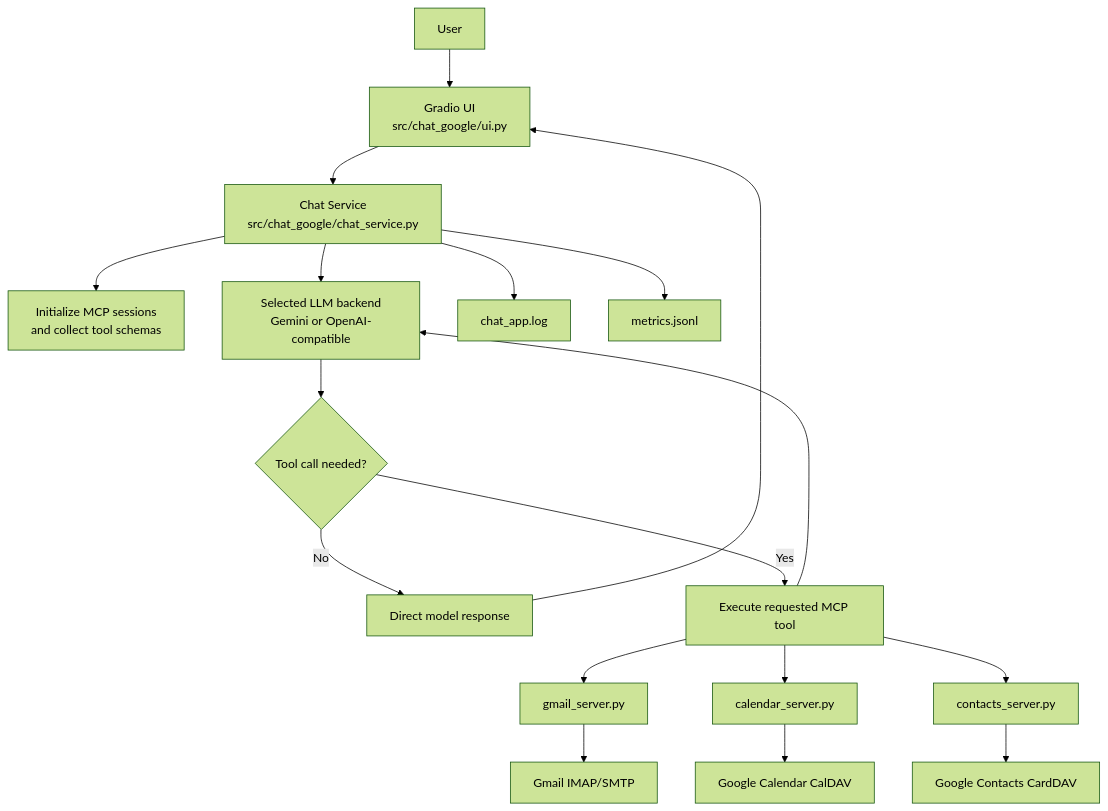
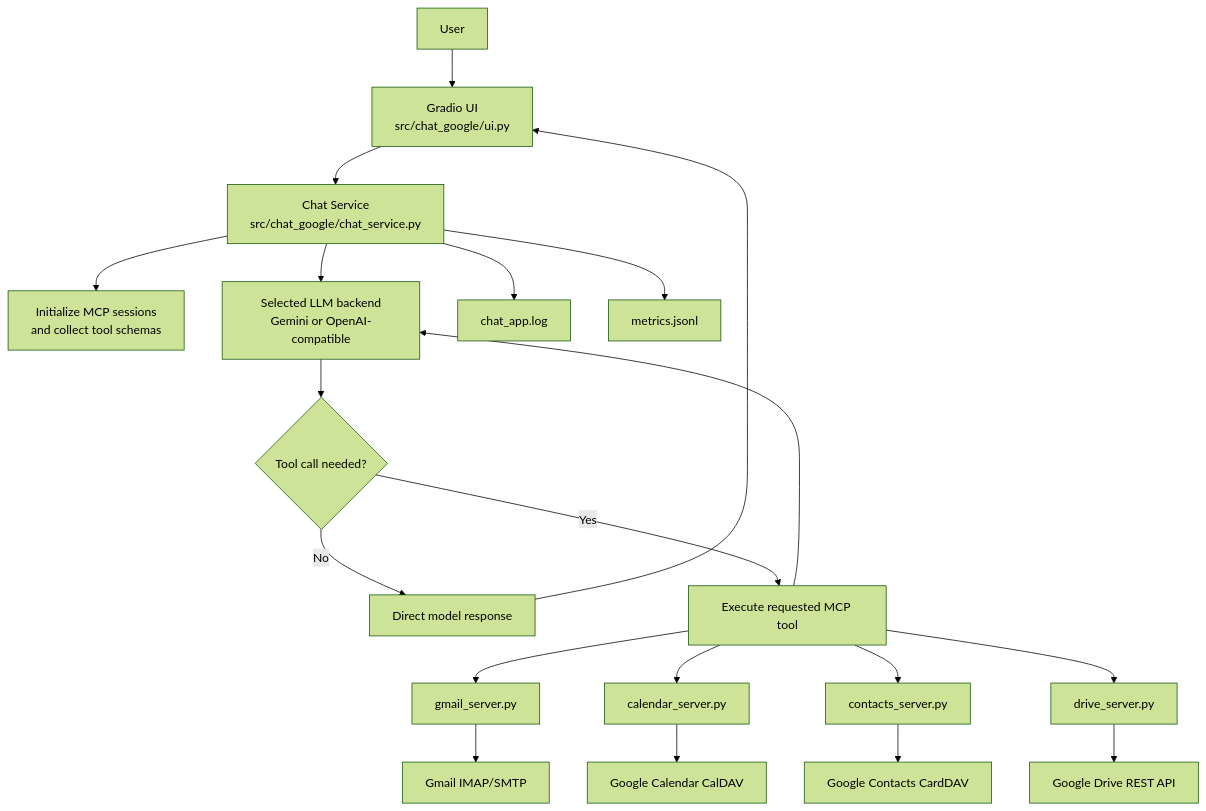
Before and after one commit to agungw132/chat-mcp-google: the diagram in README.md, drawn with Mermaid (forest theme). The commit also changed other lines of this file and 23 other files, not shown here.

````diff
--- a/README.md
+++ b/README.md
@@ -46,26 +71,28 @@
 ```mermaid
 flowchart TD
     U[User] --> UI[Gradio UI<br/>src/chat_google/ui.py]
     UI --> CS[Chat Service<br/>src/chat_google/chat_service.py]
 
     CS --> MCPREG[Initialize MCP sessions<br/>and collect tool schemas]
     CS --> LLM[Selected LLM backend<br/>Gemini or OpenAI-compatible]
 
     LLM --> DEC{Tool call needed?}
     DEC -- No --> RESP[Direct model response]
     DEC -- Yes --> TOOL[Execute requested MCP tool]
 
     TOOL --> MG[gmail_server.py]
     TOOL --> MC[calendar_server.py]
     TOOL --> MT[contacts_server.py]
+    TOOL --> MD[drive_server.py]
 
     MG --> GI[Gmail IMAP/SMTP]
     MC --> GC[Google Calendar CalDAV]
     MT --> GCT[Google Contacts CardDAV]
+    MD --> GD[Google Drive REST API]
 
     TOOL --> LLM
     RESP --> UI
 
     CS --> L[chat_app.log]
     CS --> M[metrics.jsonl]
 ```
````
